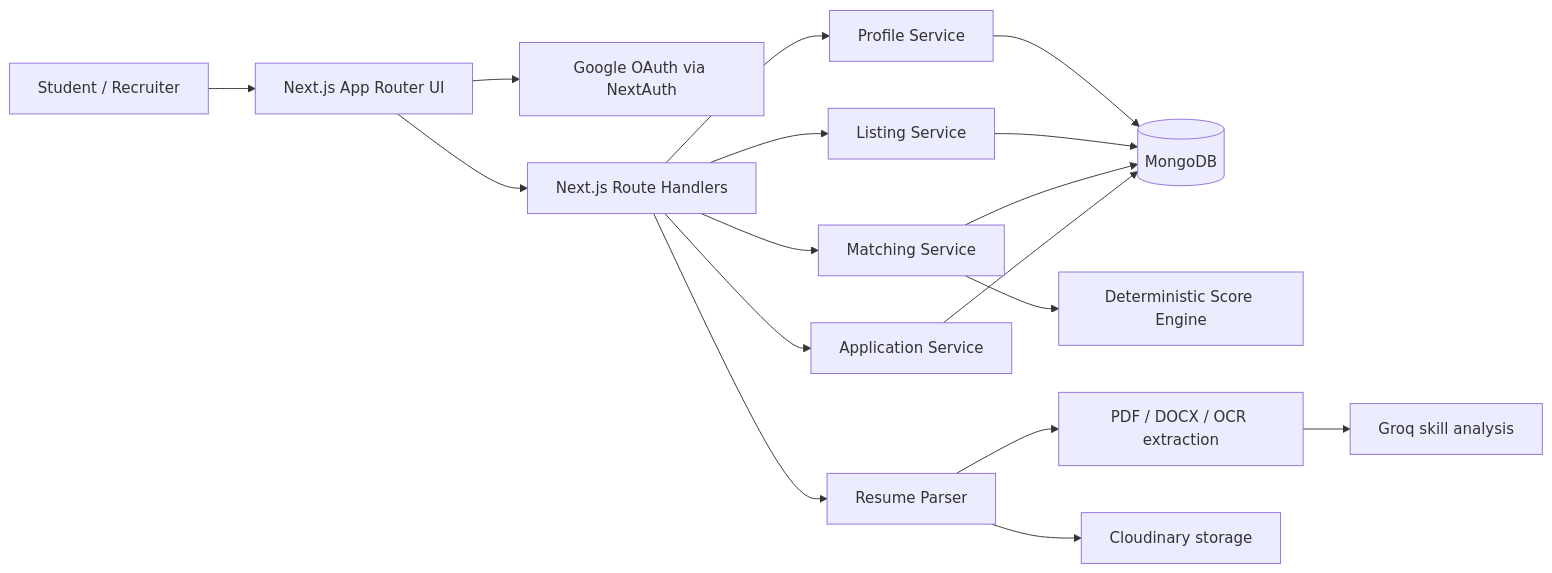
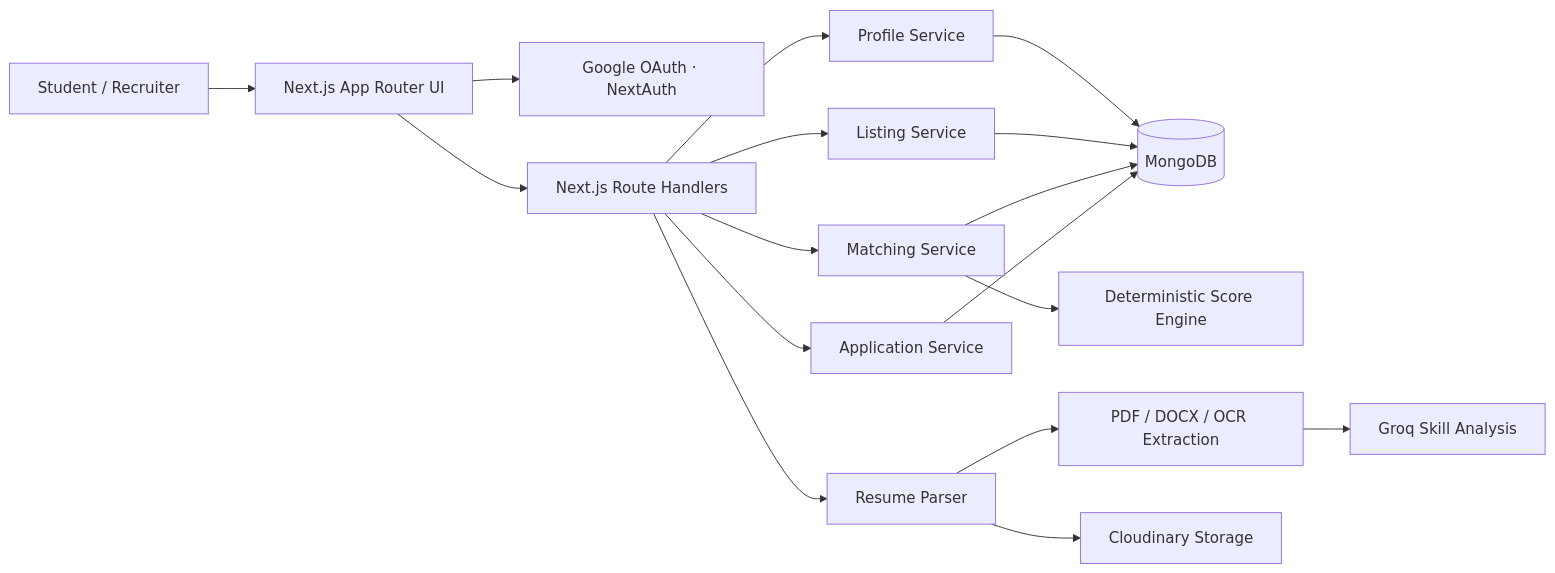
The diagram in README.md (unseenap/CredX-SmartJobMatchingDash-master), drawn with Mermaid before and after one commit. The commit also changed other lines of this file, not shown here.

````diff
--- a/README.md
+++ b/README.md
@@ -133,22 +170,22 @@
 ```mermaid
 flowchart LR
     U[Student / Recruiter] --> UI[Next.js App Router UI]
-    UI --> AUTH[Google OAuth via NextAuth]
+    UI --> AUTH[Google OAuth · NextAuth]
     UI --> API[Next.js Route Handlers]
 
     API --> PROFILE[Profile Service]
     API --> LISTING[Listing Service]
     API --> MATCH[Matching Service]
     API --> APP[Application Service]
     API --> RESUME[Resume Parser]
 
     PROFILE --> DB[(MongoDB)]
     LISTING --> DB
     MATCH --> DB
     APP --> DB
 
     MATCH --> SCORE[Deterministic Score Engine]
-    RESUME --> EXTRACT[PDF / DOCX / OCR extraction]
-    EXTRACT --> GROQ[Groq skill analysis]
-    RESUME --> CLOUD[Cloudinary storage]
+    RESUME --> EXTRACT[PDF / DOCX / OCR Extraction]
+    EXTRACT --> GROQ[Groq Skill Analysis]
+    RESUME --> CLOUD[Cloudinary Storage]
 ```
````
